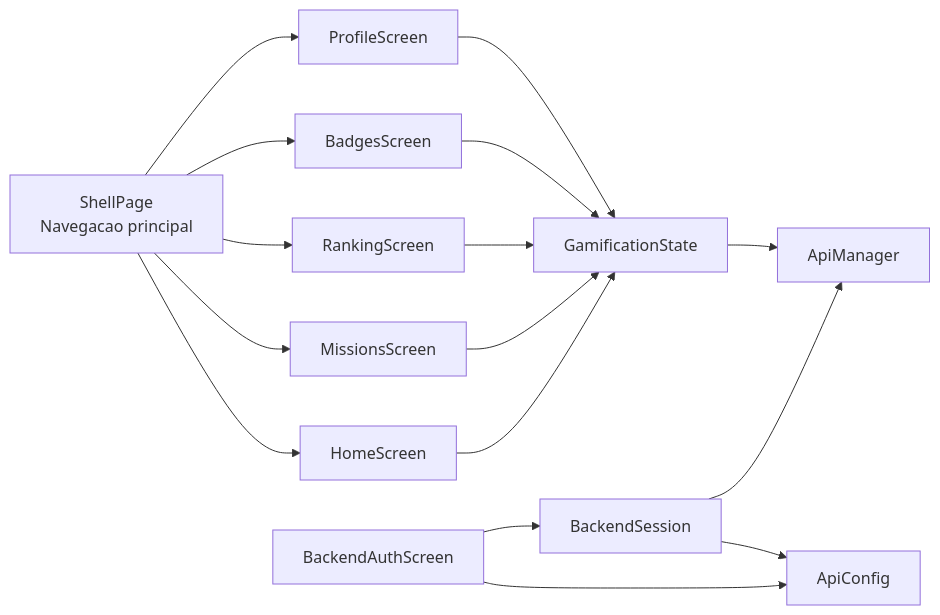
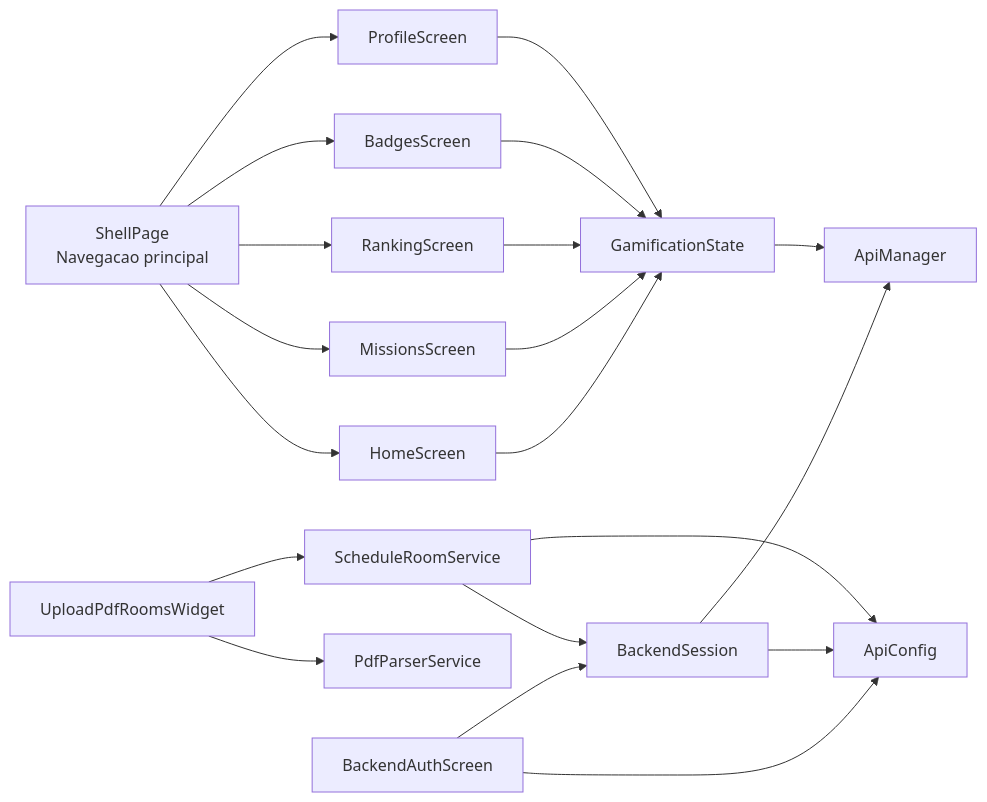
The third of 4 diagrams in docs/arquitetura/sdd-c4.md (ManoelaV/Procel), drawn with Mermaid before and after one commit. The commit also changed other lines of this file and 19 other files, not shown here.

````diff
--- a/docs/arquitetura/sdd-c4.md
+++ b/docs/arquitetura/sdd-c4.md
@@ -180,32 +197,40 @@
 ```mermaid
 flowchart LR
     shell[ShellPage\nNavegacao principal]
     home[HomeScreen]
     missions[MissionsScreen]
     ranking[RankingScreen]
     badges[BadgesScreen]
     profile[ProfileScreen]
     auth[BackendAuthScreen]
     session[BackendSession]
     config[ApiConfig]
     gamification[GamificationState]
     apiManager[ApiManager]
+    uploadPdf[UploadPdfRoomsWidget]
+    pdfParser[PdfParserService]
+    scheduleService[ScheduleRoomService]
 
     auth --> session
     shell --> home
     shell --> missions
     shell --> ranking
     shell --> badges
     shell --> profile
 
     home --> gamification
     missions --> gamification
     ranking --> gamification
     badges --> gamification
     profile --> gamification
 
     auth --> config
     session --> config
     session --> apiManager
     gamification --> apiManager
+
+    uploadPdf --> pdfParser
+    uploadPdf --> scheduleService
+    scheduleService --> session
+    scheduleService --> config
 ```
````
